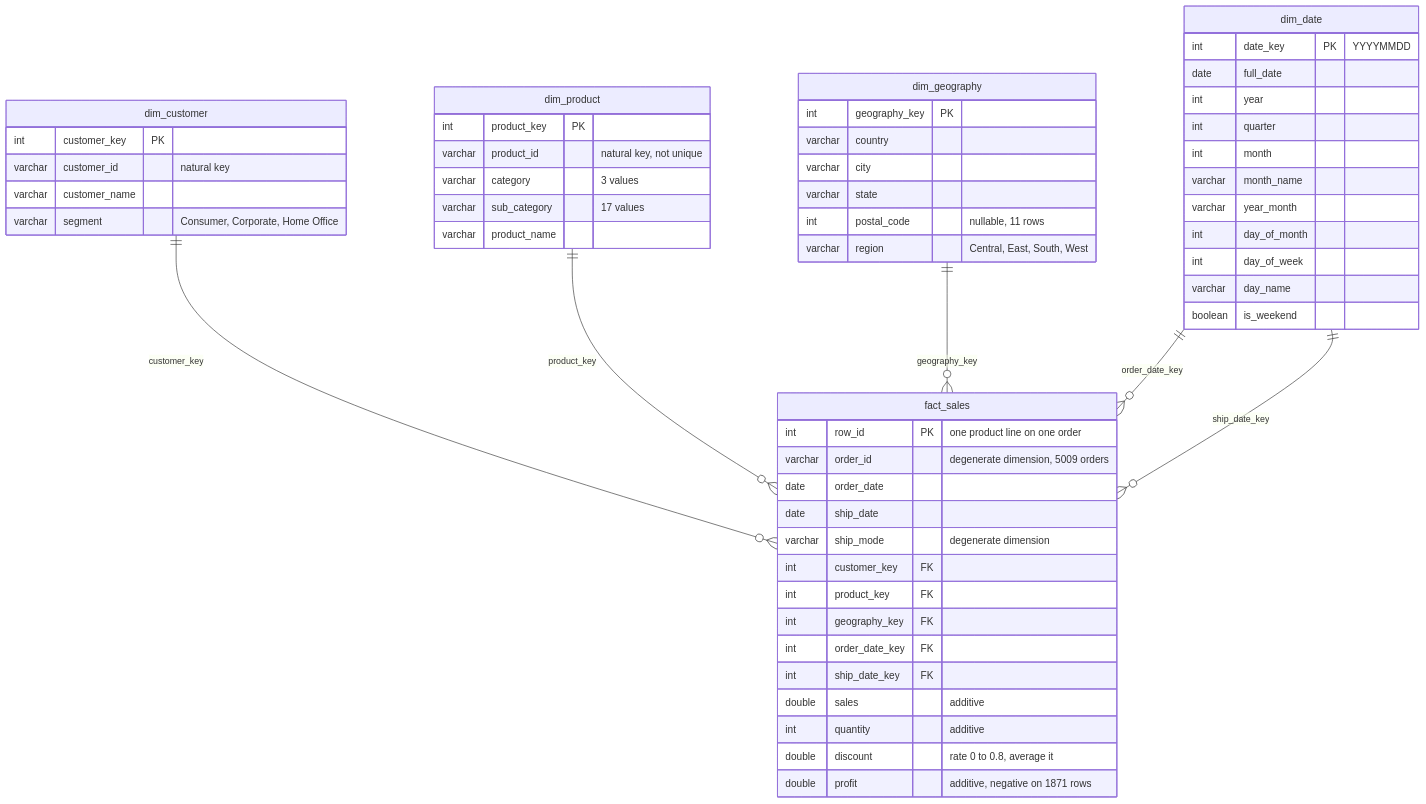
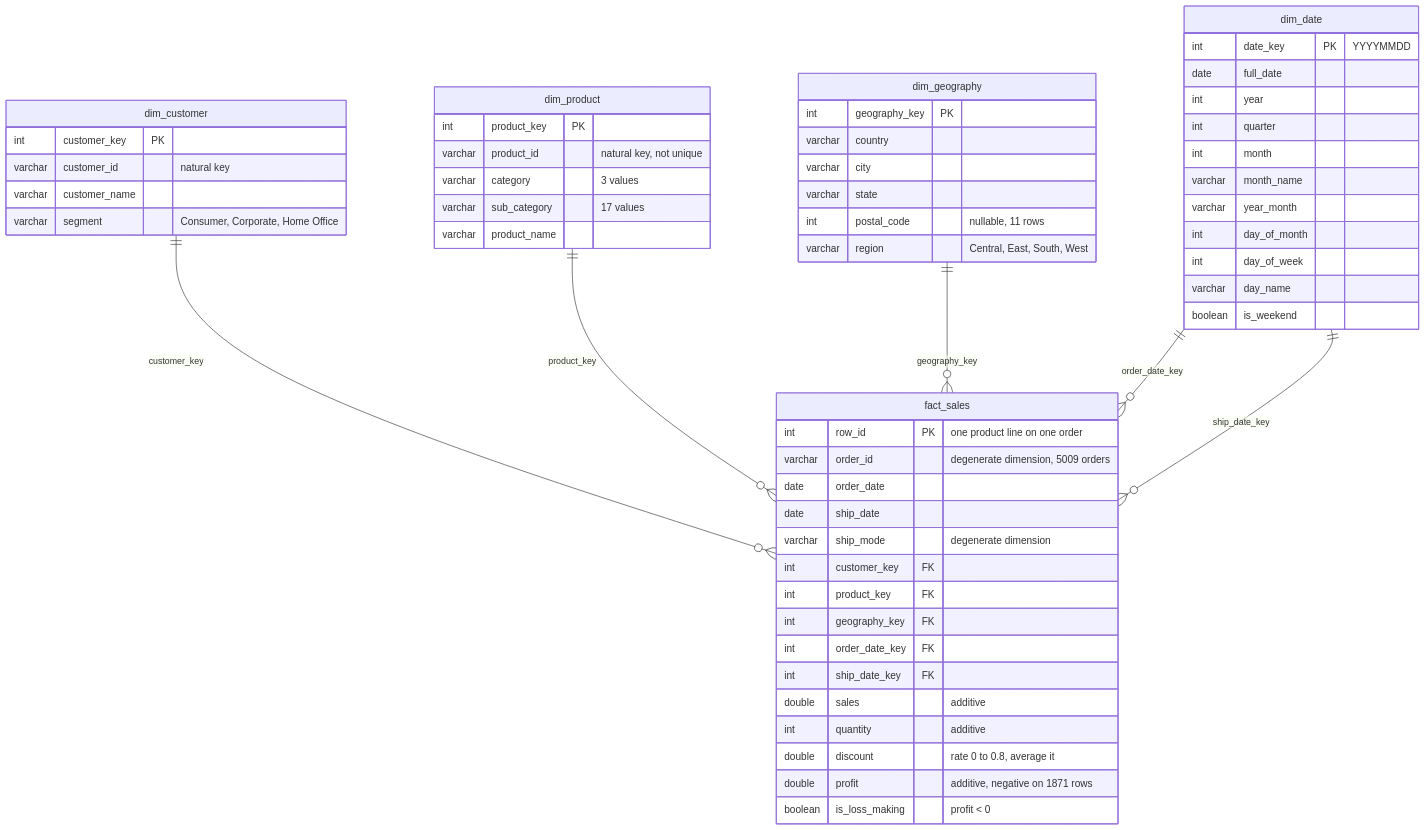
Before and after one commit to nicksopcic/Project-2-superstore-sales-analytics: the diagram in README.md, drawn with Mermaid. The commit also changed other lines of this file, not shown here.

````diff
--- a/README.md
+++ b/README.md
@@ -75,63 +131,64 @@
 ```mermaid
 erDiagram
     dim_customer  ||--o{ fact_sales : "customer_key"
     dim_product   ||--o{ fact_sales : "product_key"
     dim_geography ||--o{ fact_sales : "geography_key"
     dim_date      ||--o{ fact_sales : "order_date_key"
     dim_date      ||--o{ fact_sales : "ship_date_key"
 
     fact_sales {
         int      row_id         PK "one product line on one order"
         varchar  order_id       "degenerate dimension, 5009 orders"
         date     order_date
         date     ship_date
         varchar  ship_mode      "degenerate dimension"
         int      customer_key   FK
         int      product_key    FK
         int      geography_key  FK
         int      order_date_key FK
         int      ship_date_key  FK
         double   sales          "additive"
         int      quantity       "additive"
         double   discount       "rate 0 to 0.8, average it"
         double   profit         "additive, negative on 1871 rows"
+        boolean  is_loss_making "profit < 0"
     }
 
     dim_customer {
         int     customer_key  PK
         varchar customer_id   "natural key"
         varchar customer_name
         varchar segment       "Consumer, Corporate, Home Office"
     }
 
     dim_product {
         int     product_key  PK
         varchar product_id   "natural key, not unique"
         varchar category     "3 values"
         varchar sub_category "17 values"
         varchar product_name
     }
 
     dim_geography {
         int     geography_key PK
         varchar country
         varchar city
         varchar state
         int     postal_code   "nullable, 11 rows"
         varchar region        "Central, East, South, West"
     }
 
     dim_date {
         int     date_key     PK "YYYYMMDD"
         date    full_date
         int     year
         int     quarter
         int     month
         varchar month_name
         varchar year_month
         int     day_of_month
         int     day_of_week
         varchar day_name
         boolean is_weekend
     }
 ```
````
